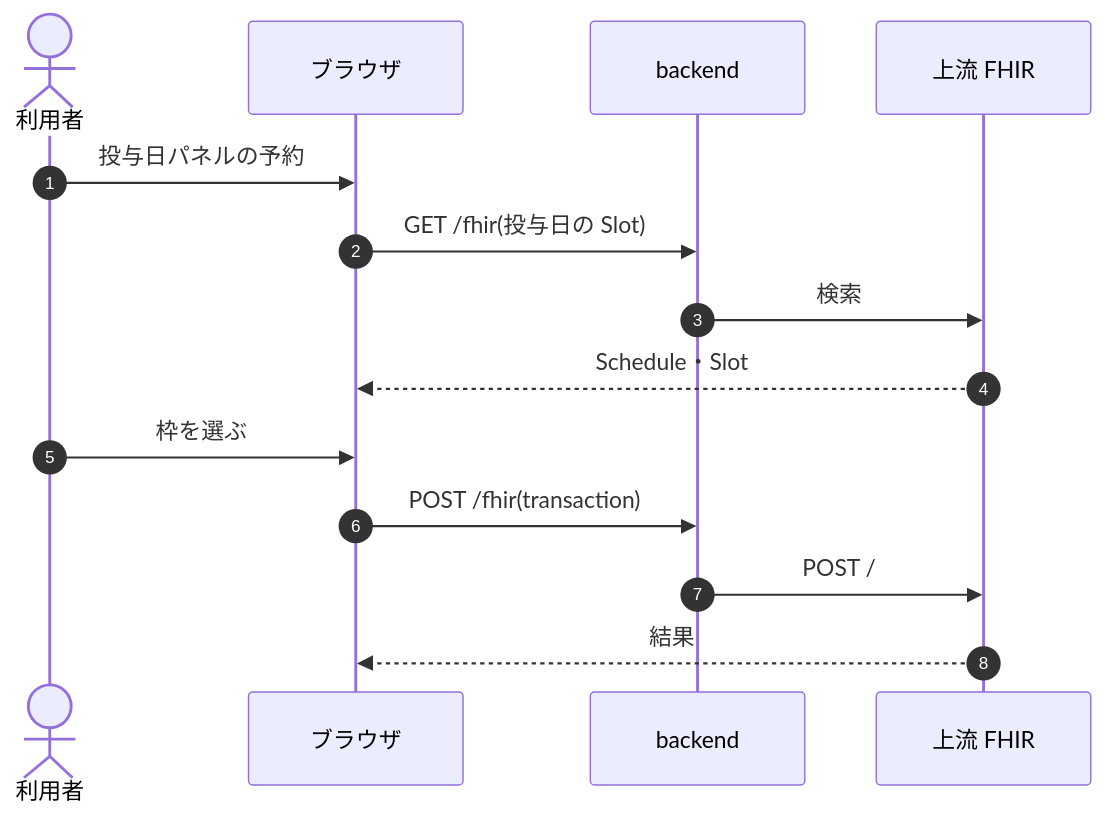
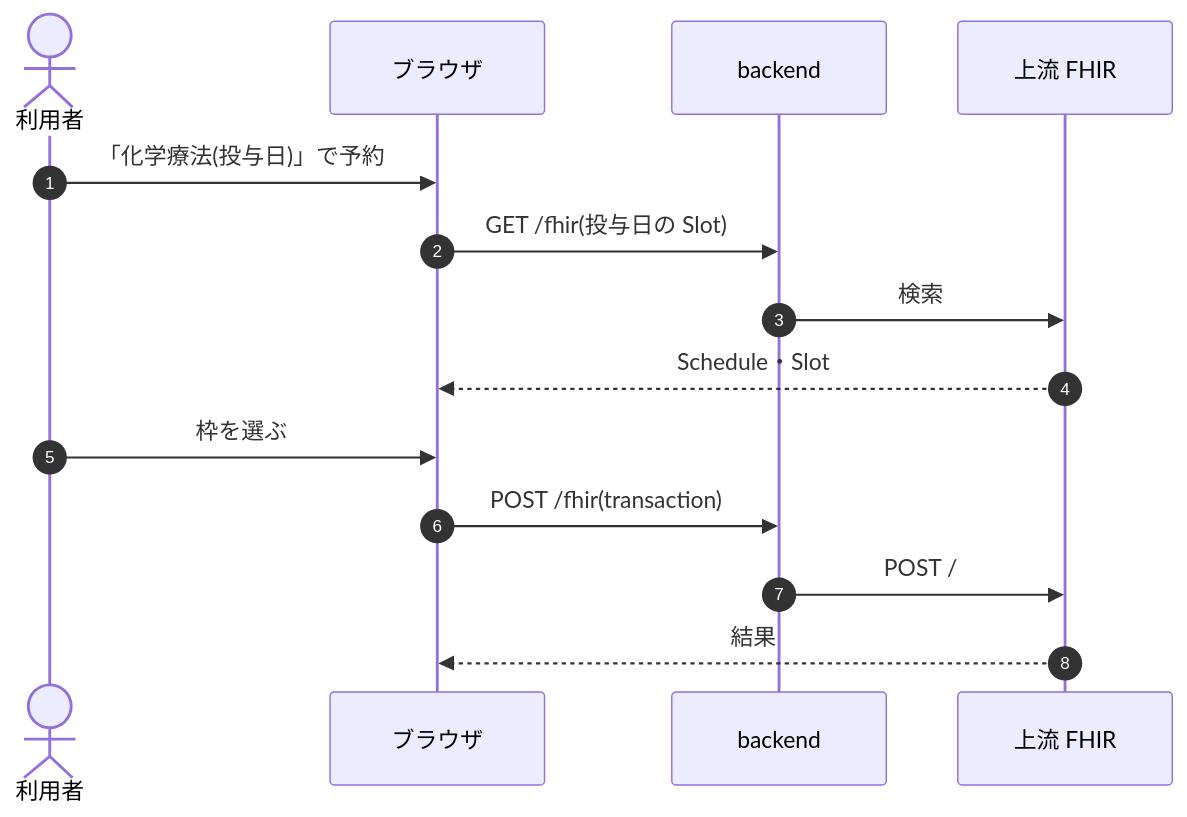
Before and after one commit to ysnr-dev/fhir-client: the seventh of 13 diagrams in docs/order-flows/chemotherapy.md, drawn with Mermaid. The commit also changed other lines of this file and 3 other files, not shown here.

````diff
--- a/docs/order-flows/chemotherapy.md
+++ b/docs/order-flows/chemotherapy.md
@@ -465,17 +465,17 @@
 ```mermaid
 sequenceDiagram
   autonumber
   actor Us as 利用者
   participant UI as ブラウザ
   participant BE as backend
   participant FHIR as 上流 FHIR
 
-  Us->>UI: 投与日パネルの予約
+  Us->>UI: 「化学療法(投与日)」で予約
   UI->>BE: GET /fhir(投与日の Slot)
   BE->>FHIR: 検索
   FHIR-->>UI: Schedule・Slot
   Us->>UI: 枠を選ぶ
   UI->>BE: POST /fhir(transaction)
   BE->>FHIR: POST /
   FHIR-->>UI: 結果
 ```
````
